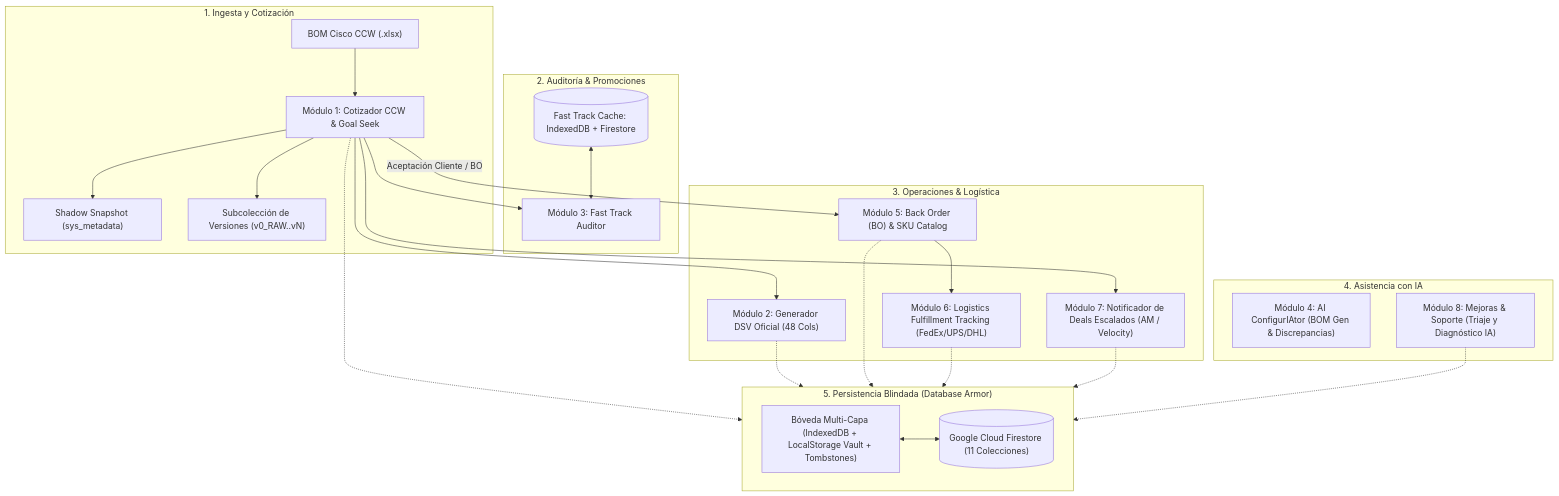
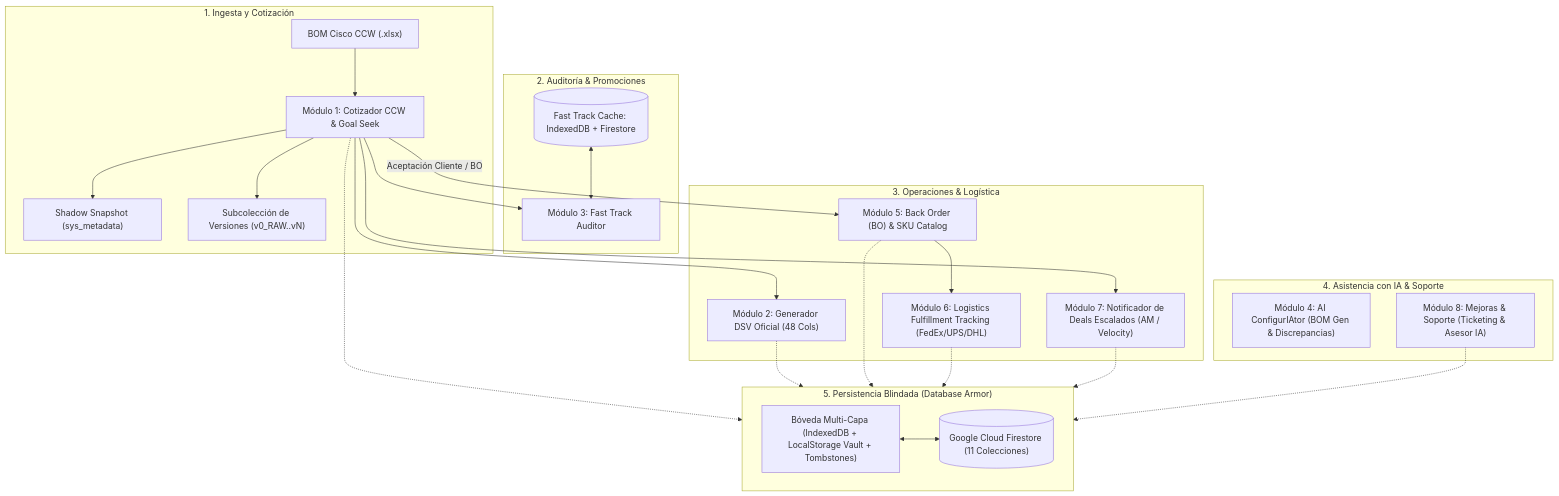
Before and after one commit to abs0lu7iontr-design/cisco-cotizador-intcomex: the first of 3 diagrams in INFORME_TECNICO_RECREACION_COTIZADOR_CISCO.md, drawn with Mermaid. The commit also changed other lines of this file and 5 other files, not shown here.

Commit message:
docs: enrich documentation with dedicated Mejoras y Soporte chapter, full software version history, and dual versioning architecture

````diff
--- a/INFORME_TECNICO_RECREACION_COTIZADOR_CISCO.md
+++ b/INFORME_TECNICO_RECREACION_COTIZADOR_CISCO.md
@@ -14,38 +14,38 @@
 ```mermaid
 flowchart TD
     subgraph INGESTA["1. Ingesta y Cotización"]
         CCW["BOM Cisco CCW (.xlsx)"] --> MOD1["Módulo 1: Cotizador CCW & Goal Seek"]
         MOD1 --> SNAPSHOT["Shadow Snapshot (sys_metadata)"]
         MOD1 --> VERSIONS["Subcolección de Versiones (v0_RAW..vN)"]
     end
 
     subgraph AUDITORIA["2. Auditoría & Promociones"]
         MOD1 --> MOD3["Módulo 3: Fast Track Auditor"]
         FT_DB[("Fast Track Cache: IndexedDB + Firestore")] <--> MOD3
     end
 
-    subgraph AUTOMATIZACION["3. Operaciones & Logística"]
+    subgraph OPERACIONES["3. Operaciones & Logística"]
         MOD1 -->|"Aceptación Cliente / BO"| MOD5["Módulo 5: Back Order (BO) & SKU Catalog"]
         MOD5 --> MOD6["Módulo 6: Logistics Fulfillment Tracking (FedEx/UPS/DHL)"]
         MOD1 --> MOD2["Módulo 2: Generador DSV Oficial (48 Cols)"]
         MOD1 --> MOD7["Módulo 7: Notificador de Deals Escalados (AM / Velocity)"]
     end
 
-    subgraph INTELIGENCIA["4. Asistencia con IA"]
+    subgraph INTELIGENCIA["4. Asistencia con IA & Soporte"]
         MOD4["Módulo 4: AI ConfigurIAtor (BOM Gen & Discrepancias)"]
-        MOD8["Módulo 8: Mejoras & Soporte (Triaje y Diagnóstico IA)"]
+        MOD8["Módulo 8: Mejoras & Soporte (Ticketing & Asesor IA)"]
     end
 
     subgraph PERSISTENCIA["5. Persistencia Blindada (Database Armor)"]
         VAULT["Bóveda Multi-Capa (IndexedDB + LocalStorage Vault + Tombstones)"]
         FS[("Google Cloud Firestore (11 Colecciones)")]
         VAULT <--> FS
     end
 
     MOD1 -.-> PERSISTENCIA
     MOD2 -.-> PERSISTENCIA
     MOD5 -.-> PERSISTENCIA
     MOD6 -.-> PERSISTENCIA
     MOD7 -.-> PERSISTENCIA
     MOD8 -.-> PERSISTENCIA
 ```
````
